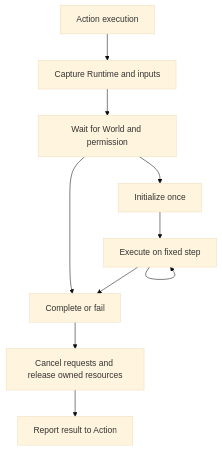
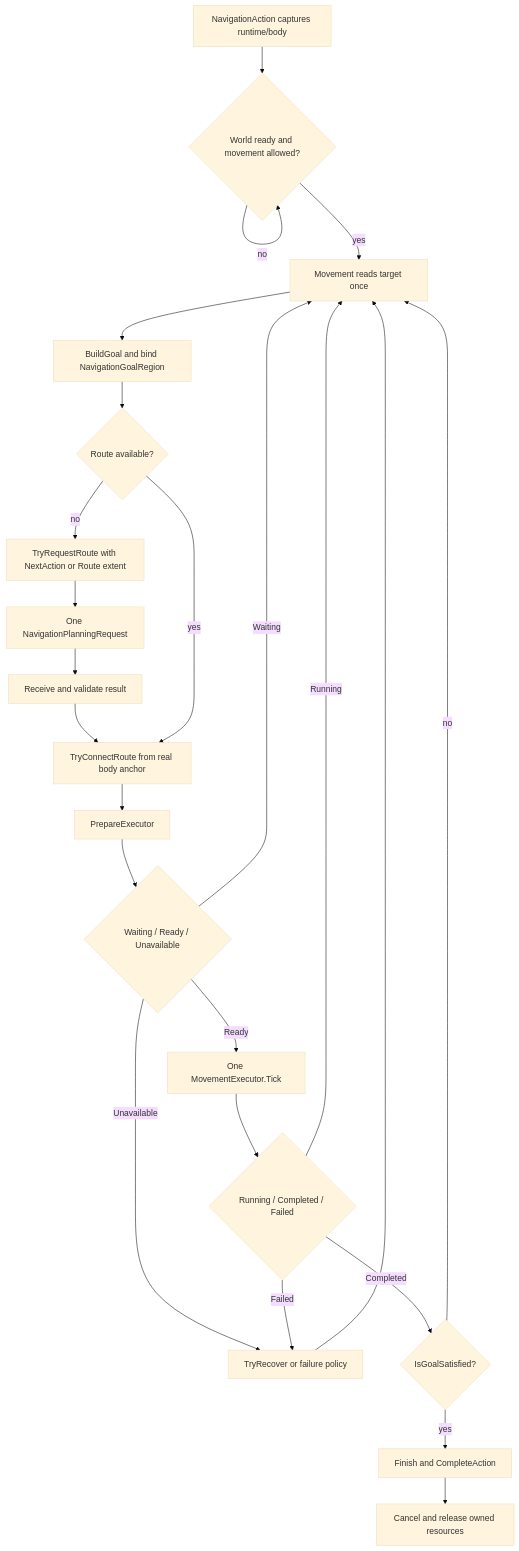
Before and after one commit to minerva-studio/aethiumian-ai: the diagram in Documentation~/navigation-action-lifecycle.md, drawn with Mermaid (base theme). The commit also changed other lines of this file and 26 other files, not shown here.

````diff
--- a/Documentation~/navigation-action-lifecycle.md
+++ b/Documentation~/navigation-action-lifecycle.md
@@ -5,12 +7,26 @@
 ```mermaid
 flowchart TD
-    A[Action execution] --> B[Capture Runtime and inputs]
-    B --> W[Wait for World and permission]
-    W --> I[Initialize once]
-    I --> T[Execute on fixed step]
-    T --> T
-    T --> E[Complete or fail]
-    W --> E
-    E --> C[Cancel requests and release owned resources]
-    C --> R[Report result to Action]
+    A[NavigationAction captures runtime/body] --> B{World ready and movement allowed?}
+    B -- no --> B
+    B -- yes --> C[Movement reads target once]
+    C --> D[BuildGoal and bind NavigationGoalRegion]
+    D --> E{Route available?}
+    E -- no --> F[TryRequestRoute with NextAction or Route extent]
+    F --> G[One NavigationPlanningRequest]
+    G --> H[Receive and validate result]
+    H --> I[TryConnectRoute from real body anchor]
+    E -- yes --> I
+    I --> J[PrepareExecutor]
+    J --> K{Waiting / Ready / Unavailable}
+    K -- Waiting --> C
+    K -- Ready --> L[One MovementExecutor.Tick]
+    K -- Unavailable --> M[TryRecover or failure policy]
+    L --> N{Running / Completed / Failed}
+    N -- Running --> C
+    N -- Completed --> O{IsGoalSatisfied?}
+    N -- Failed --> M
+    O -- no --> C
+    O -- yes --> P[Finish and CompleteAction]
+    M --> C
+    P --> Q[Cancel and release owned resources]
 ```
````
